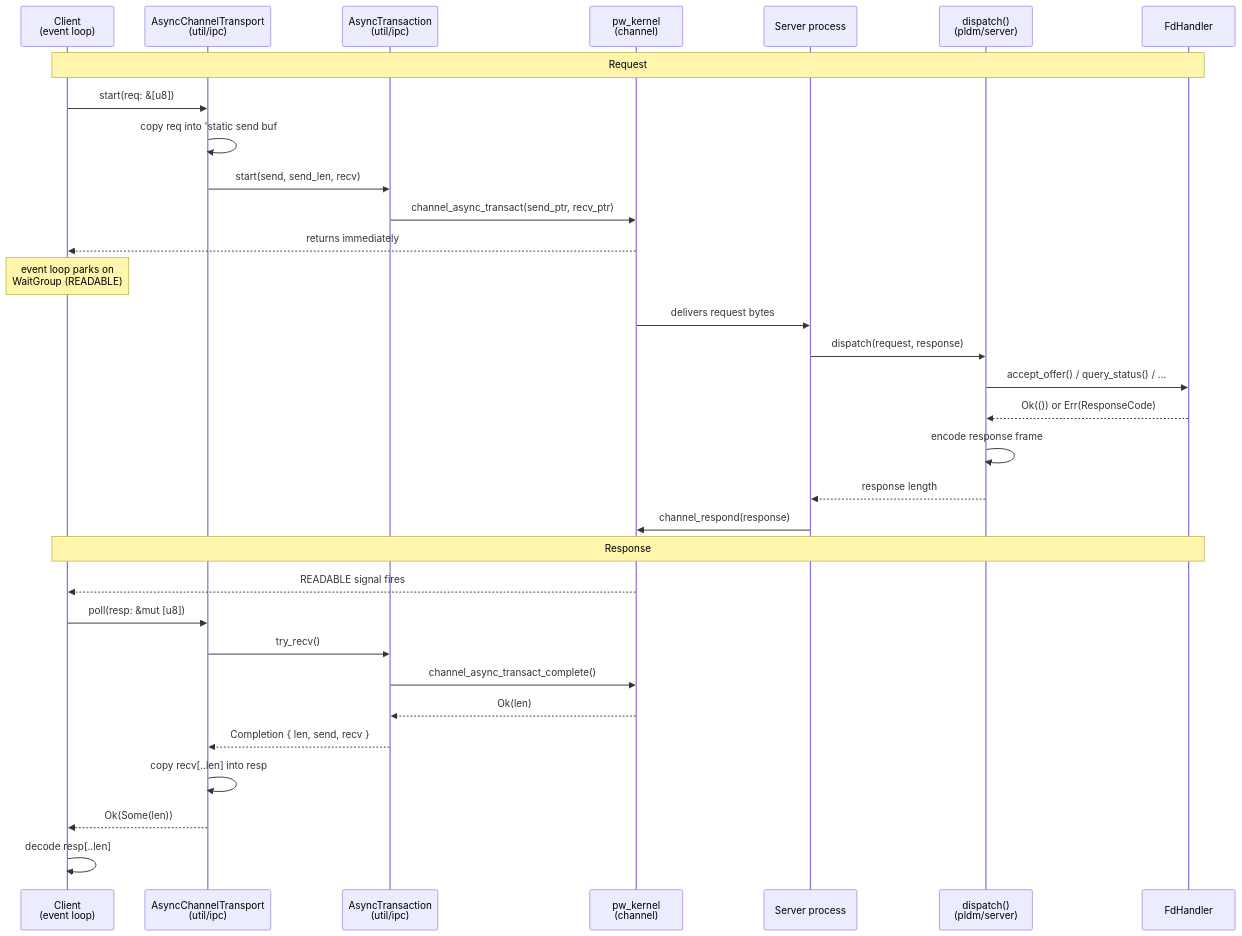
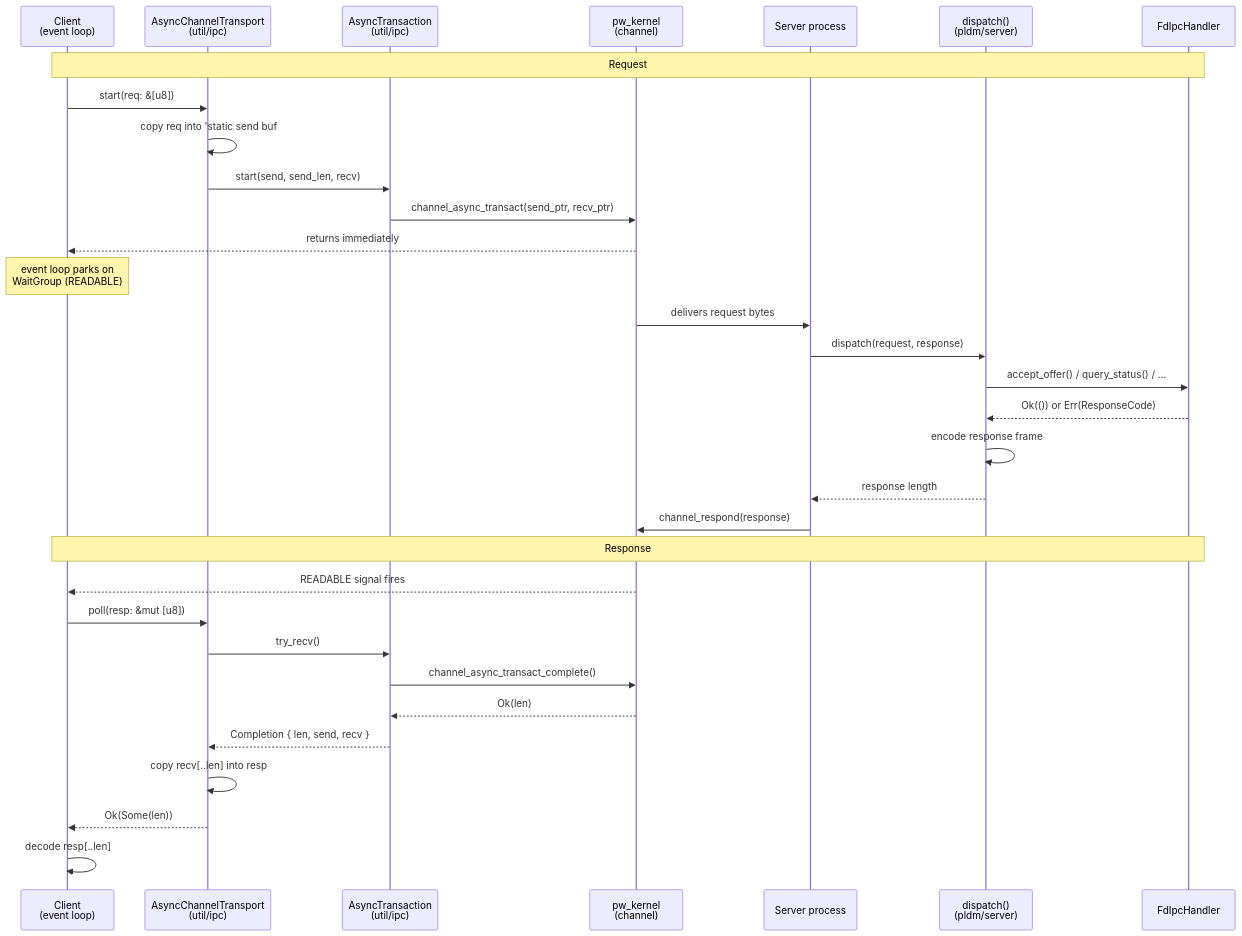
One commit to rusty1968/openprot changed the first of 3 diagrams in docs/src/design/ipc-service-stack.md. Above: the diagram before and after it, drawn with Mermaid. The commit also changed other lines of this file and 1 other file, not shown here.

First line of the commit message:
pldm: Name the FD IPC server and handler for the channel they serve

````diff
--- a/docs/src/design/ipc-service-stack.md
+++ b/docs/src/design/ipc-service-stack.md
@@ -9,40 +9,40 @@
 ```mermaid
 sequenceDiagram
     participant C as Client<br/>(event loop)
     participant CT as AsyncChannelTransport<br/>(util/ipc)
     participant AT as AsyncTransaction<br/>(util/ipc)
     participant K as pw_kernel<br/>(channel)
     participant S as Server process
     participant D as dispatch()<br/>(pldm/server)
-    participant H as FdHandler
+    participant H as FdIpcHandler
 
     Note over C,H: Request
 
     C->>CT: start(req: &[u8])
     CT->>CT: copy req into 'static send buf
     CT->>AT: start(send, send_len, recv)
     AT->>K: channel_async_transact(send_ptr, recv_ptr)
     K-->>C: returns immediately
 
     Note over C: event loop parks on<br/>WaitGroup (READABLE)
 
     K->>S: delivers request bytes
     S->>D: dispatch(request, response)
     D->>H: accept_offer() / query_status() / ...
     H-->>D: Ok(()) or Err(ResponseCode)
     D->>D: encode response frame
     D-->>S: response length
     S->>K: channel_respond(response)
 
     Note over C,H: Response
 
     K-->>C: READABLE signal fires
     C->>CT: poll(resp: &mut [u8])
     CT->>AT: try_recv()
     AT->>K: channel_async_transact_complete()
     K-->>AT: Ok(len)
     AT-->>CT: Completion { len, send, recv }
     CT->>CT: copy recv[..len] into resp
     CT-->>C: Ok(Some(len))
     C->>C: decode resp[..len]
 ```
````
